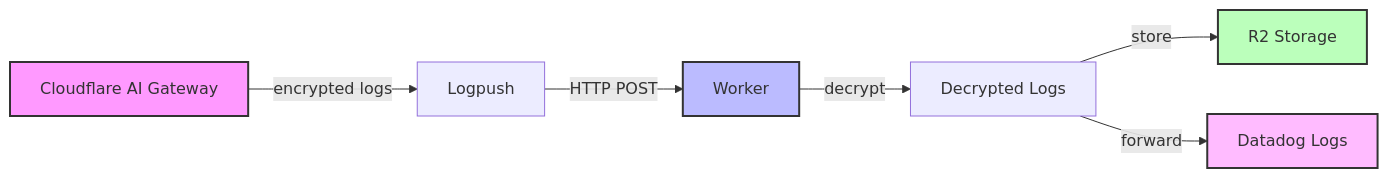
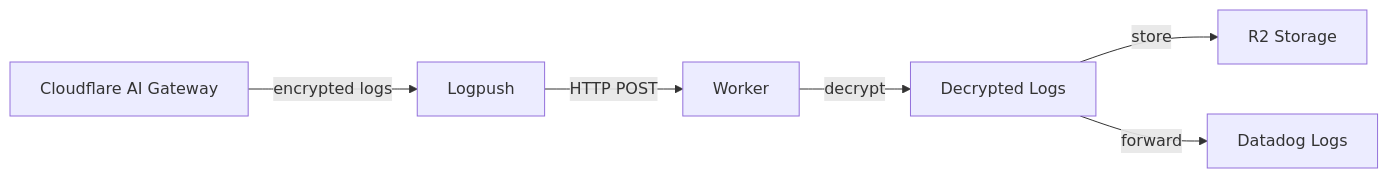
One commit to mkusaka/cf-aigw-logpush-dd-decripter changed the diagram in README.md. Above: the diagram before and after it, drawn with Mermaid.

Commit message:
Remove unnecessary color styling from Mermaid diagram
- Remove custom color fills from Mermaid nodes
- Use default GitHub theme for better compatibility
- Keep diagram simple and clean

````diff
--- a/README.md
+++ b/README.md
@@ -11,13 +11,8 @@
 ```mermaid
 graph LR
     A[Cloudflare AI Gateway] -->|encrypted logs| B[Logpush]
     B -->|HTTP POST| C[Worker]
     C -->|decrypt| D[Decrypted Logs]
     D -->|store| E[R2 Storage]
     D -->|forward| F[Datadog Logs]
-    
-    style A fill:#f9f,stroke:#333,stroke-width:2px
-    style C fill:#bbf,stroke:#333,stroke-width:2px
-    style E fill:#bfb,stroke:#333,stroke-width:2px
-    style F fill:#fbf,stroke:#333,stroke-width:2px
 ```
````
